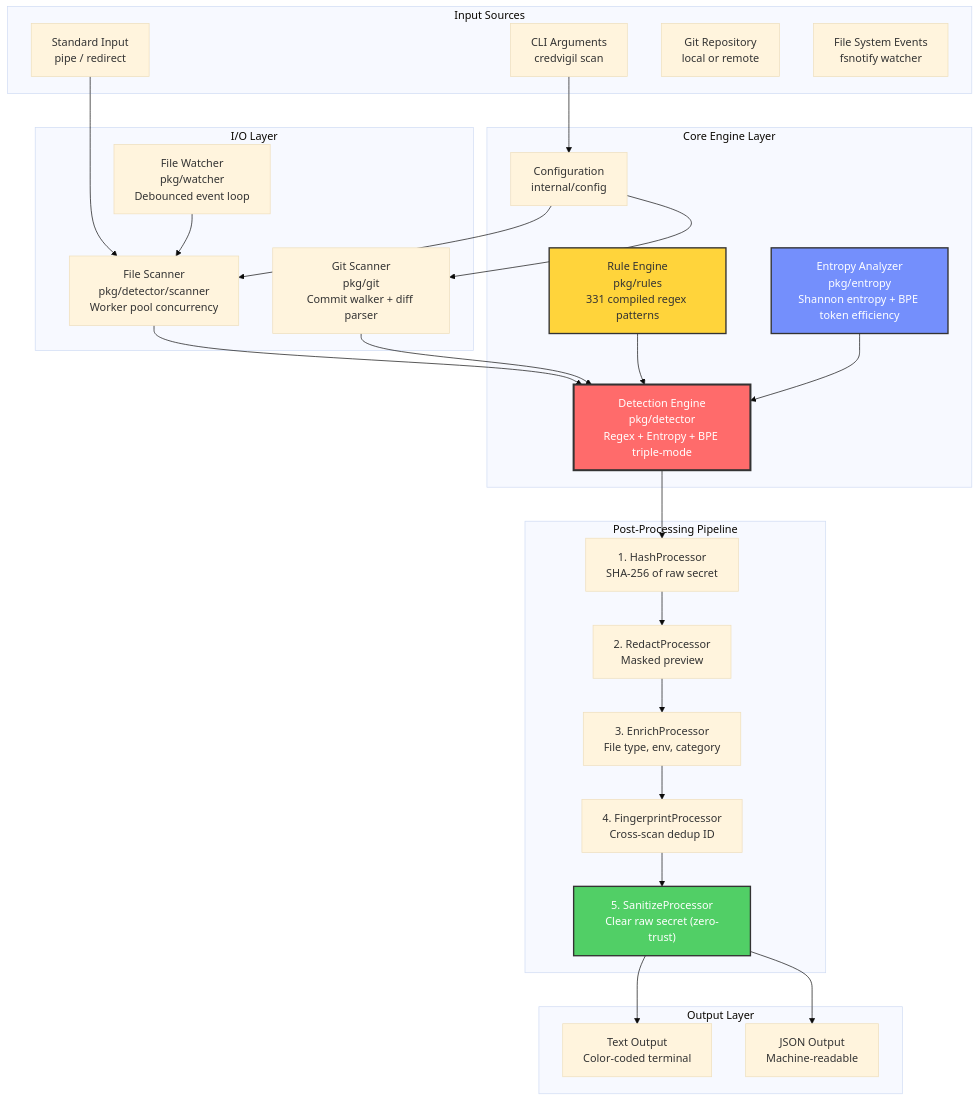
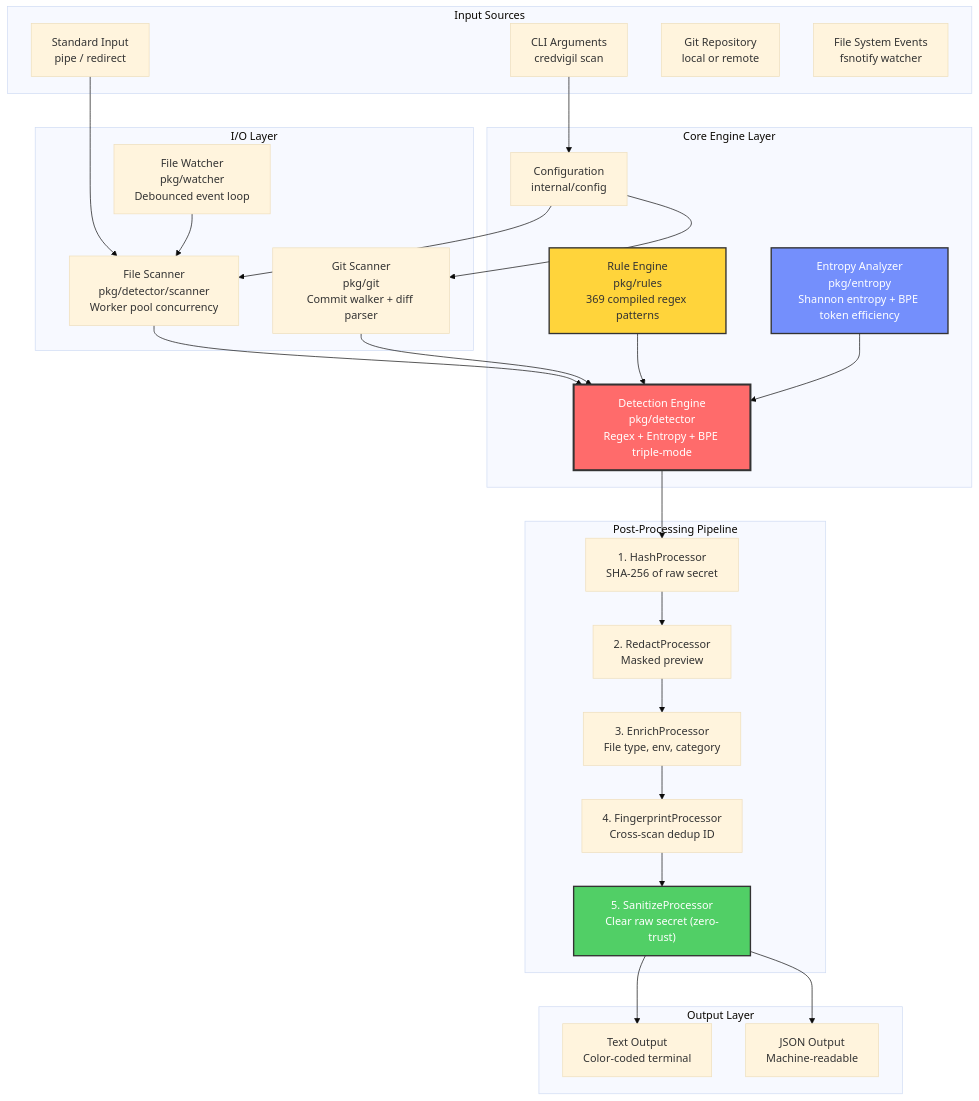
The first of 60 diagrams in docs/training/00-System-Design.md (svemulapati/CredVigil), drawn with Mermaid (base theme) before and after one commit. The commit also changed other lines of this file and 20 other files, not shown here.

````diff
--- a/docs/training/00-System-Design.md
+++ b/docs/training/00-System-Design.md
@@ -62,61 +62,61 @@
 ```mermaid
 graph TB
     subgraph "Input Sources"
         CLI["CLI Arguments<br/>credvigil scan"]
         STDIN["Standard Input<br/>pipe / redirect"]
         GIT["Git Repository<br/>local or remote"]
         FS["File System Events<br/>fsnotify watcher"]
     end
 
     subgraph "Core Engine Layer"
         CONFIG["Configuration<br/>internal/config"]
-        RULES["Rule Engine<br/>pkg/rules<br/>331 compiled regex patterns"]
+        RULES["Rule Engine<br/>pkg/rules<br/>369 compiled regex patterns"]
         DETECTOR["Detection Engine<br/>pkg/detector<br/>Regex + Entropy + BPE triple-mode"]
         ENTROPY["Entropy Analyzer<br/>pkg/entropy<br/>Shannon entropy + BPE token efficiency"]
     end
 
     subgraph "I/O Layer"
         SCANNER["File Scanner<br/>pkg/detector/scanner<br/>Worker pool concurrency"]
         GITSCANNER["Git Scanner<br/>pkg/git<br/>Commit walker + diff parser"]
         WATCHER["File Watcher<br/>pkg/watcher<br/>Debounced event loop"]
     end
 
     subgraph "Post-Processing Pipeline"
         HASH["1. HashProcessor<br/>SHA-256 of raw secret"]
         REDACT["2. RedactProcessor<br/>Masked preview"]
         ENRICH["3. EnrichProcessor<br/>File type, env, category"]
         FINGERPRINT["4. FingerprintProcessor<br/>Cross-scan dedup ID"]
         SANITIZE["5. SanitizeProcessor<br/>Clear raw secret (zero-trust)"]
     end
 
     subgraph "Output Layer"
         TEXT["Text Output<br/>Color-coded terminal"]
         JSON["JSON Output<br/>Machine-readable"]
     end
 
     CLI --> CONFIG
     CONFIG --> SCANNER
     CONFIG --> GITSCANNER
     STDIN --> SCANNER
 
     SCANNER --> DETECTOR
     GITSCANNER --> DETECTOR
     WATCHER --> SCANNER
 
     RULES --> DETECTOR
     ENTROPY --> DETECTOR
 
     DETECTOR --> HASH
     HASH --> REDACT
     REDACT --> ENRICH
     ENRICH --> FINGERPRINT
     FINGERPRINT --> SANITIZE
 
     SANITIZE --> TEXT
     SANITIZE --> JSON
 
     style DETECTOR fill:#ff6b6b,stroke:#333,stroke-width:3px,color:#fff
     style SANITIZE fill:#51cf66,stroke:#333,stroke-width:2px,color:#fff
     style RULES fill:#ffd43b,stroke:#333,stroke-width:2px
     style ENTROPY fill:#748ffc,stroke:#333,stroke-width:2px,color:#fff
 ```
````
